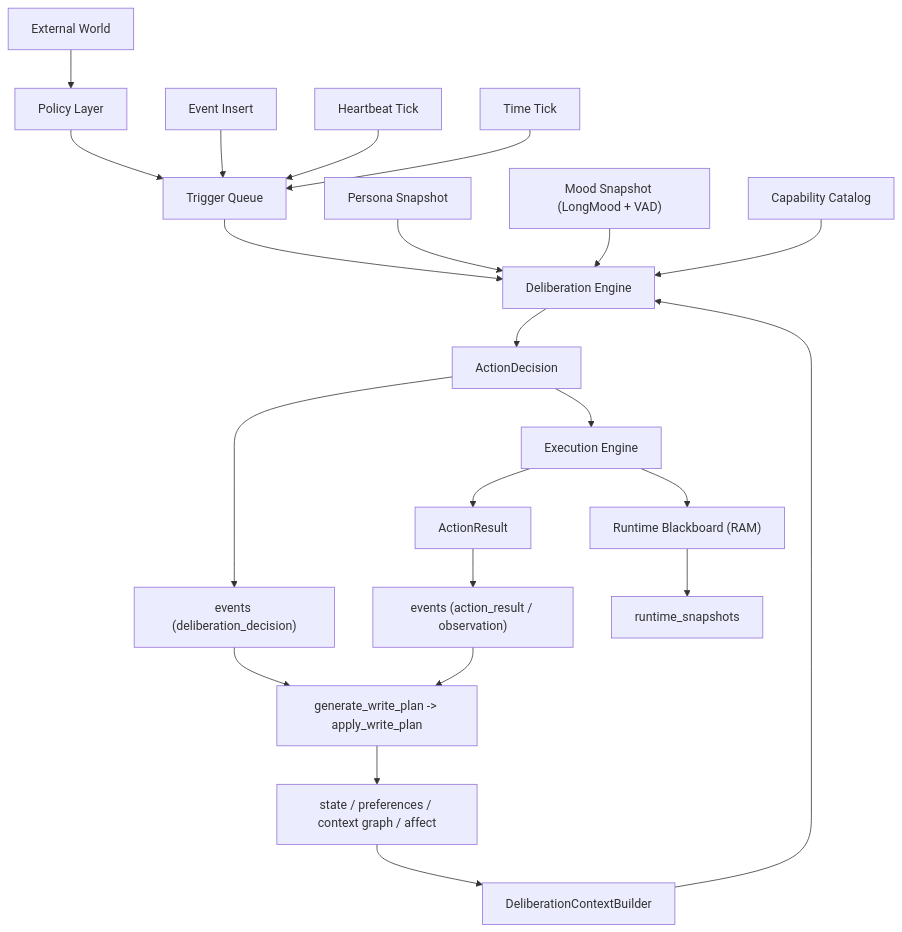
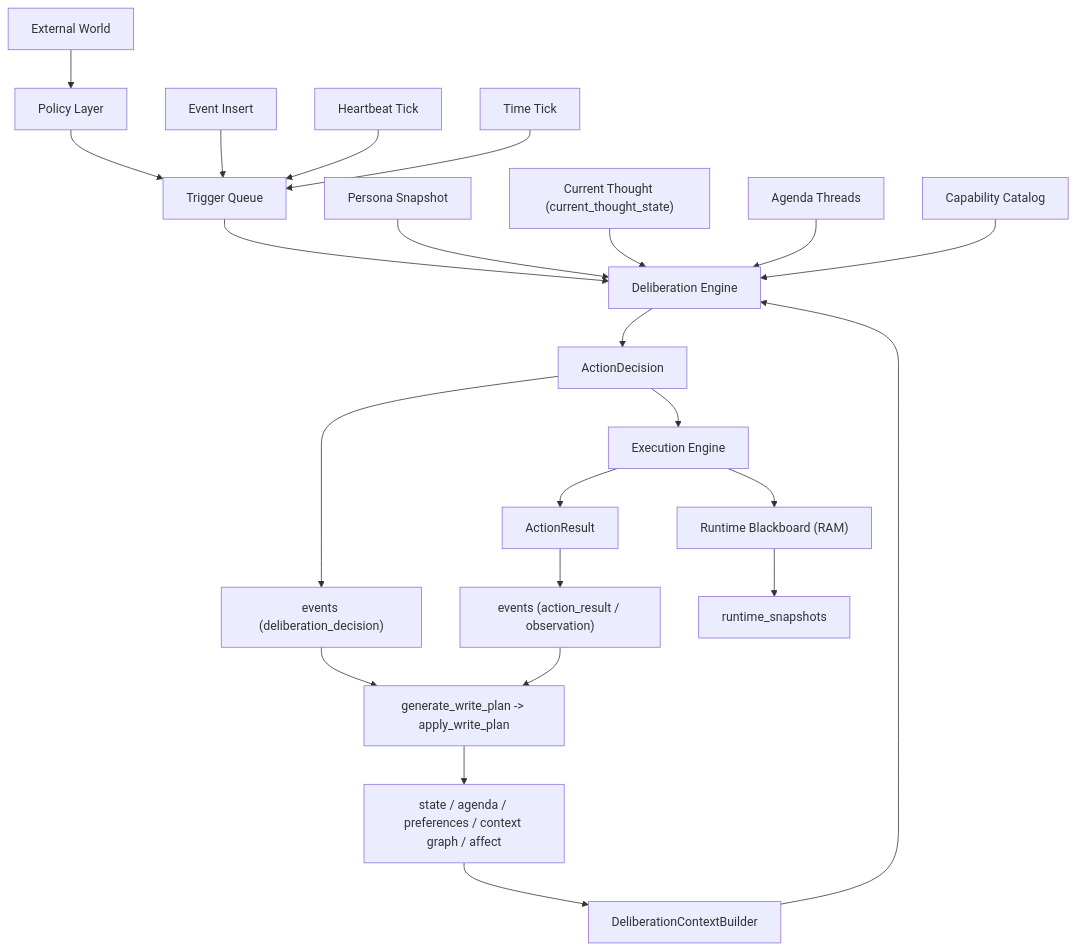
Before and after one commit to hirona98/CocoroGhost: the first of 3 diagrams in docs/18_自発行動アーキテクチャ詳細設計.md, drawn with Mermaid. The commit also changed other lines of this file and 3 other files, not shown here.

````diff
--- a/docs/18_自発行動アーキテクチャ詳細設計.md
+++ b/docs/18_自発行動アーキテクチャ詳細設計.md
@@ -40,28 +40,29 @@
 ```mermaid
 flowchart TD
     EXT["External World"] --> POL["Policy Layer"]
     POL --> TRG["Trigger Queue"]
     EVT["Event Insert"] --> TRG
     HB["Heartbeat Tick"] --> TRG
     CLK["Time Tick"] --> TRG
 
     TRG --> DLB["Deliberation Engine"]
     CTX["DeliberationContextBuilder"] --> DLB
     PER["Persona Snapshot"] --> DLB
-    MOOD["Mood Snapshot (LongMood + VAD)"] --> DLB
+    THOUGHT["Current Thought (current_thought_state)"] --> DLB
+    AGD["Agenda Threads"] --> DLB
     CAT["Capability Catalog"] --> DLB
 
     DLB --> DEC["ActionDecision"]
     DEC --> EXE["Execution Engine"]
     EXE --> RES["ActionResult"]
 
     DEC --> EVD["events (deliberation_decision)"]
     RES --> EVR["events (action_result / observation)"]
     EVD --> WP["generate_write_plan -> apply_write_plan"]
     EVR --> WP
-    WP --> ST["state / preferences / context graph / affect"]
+    WP --> ST["state / agenda / preferences / context graph / affect"]
     ST --> CTX
 
     EXE --> RT["Runtime Blackboard (RAM)"]
     RT --> SNAP["runtime_snapshots"]
 ```
````
